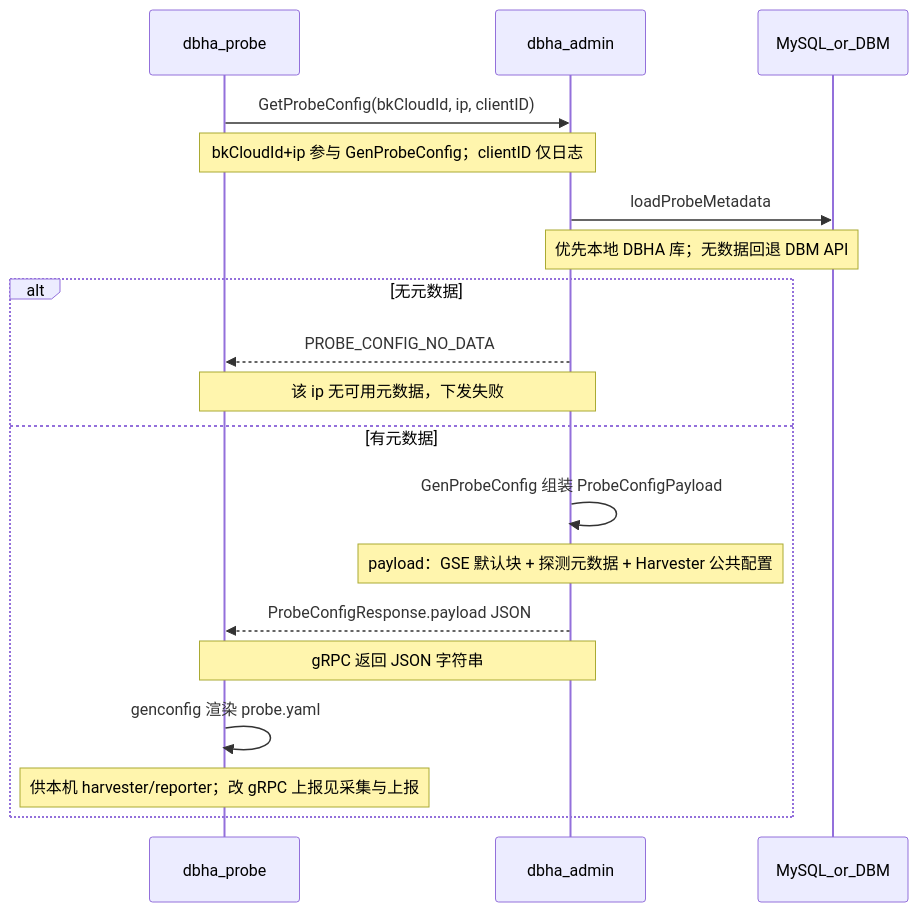
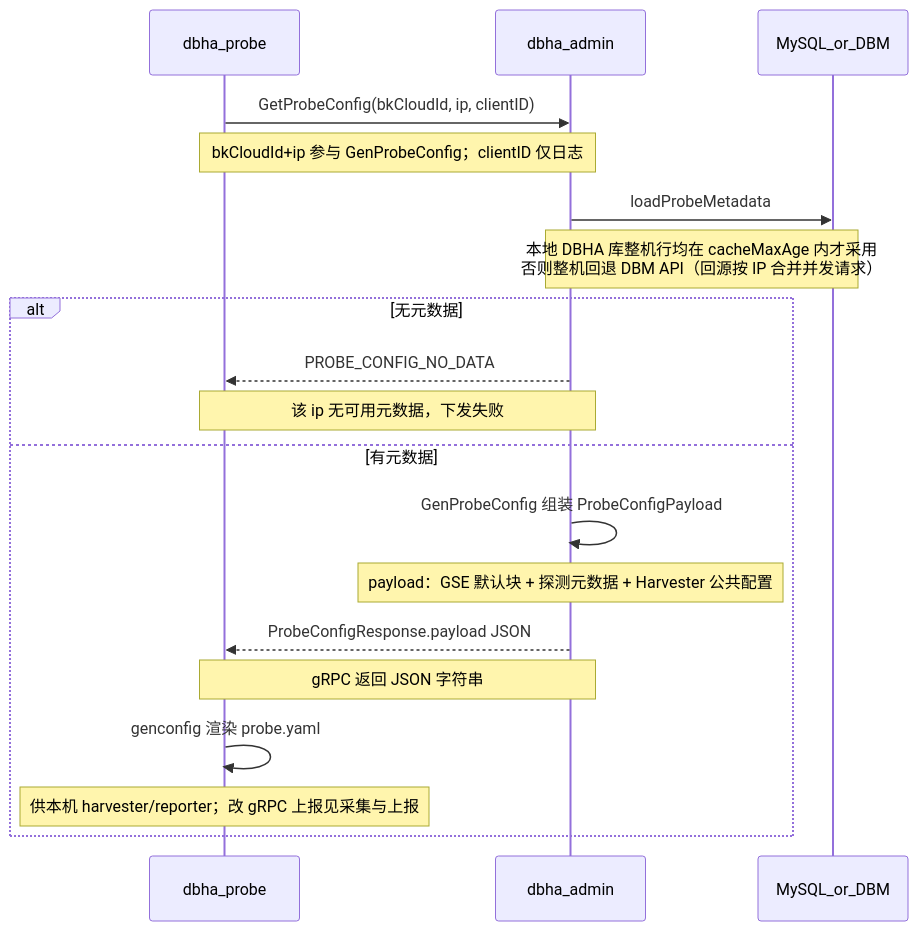
One commit to TencentBlueKing/blueking-dbm changed the diagram in dbm-services/common/dbha-v2/docs/flows/config-sync.md. Above: the diagram before and after it, drawn with Mermaid. The commit also changed other lines of this file and 40 other files, not shown here.

Commit message:
feat(dbha-v2): add periodic probe admin config sync with cache freshness. issue: #19841

````diff
--- a/dbm-services/common/dbha-v2/docs/flows/config-sync.md
+++ b/dbm-services/common/dbha-v2/docs/flows/config-sync.md
@@ -21,25 +26,25 @@
 ```mermaid
 sequenceDiagram
   participant Probe as dbha_probe
   participant Admin as dbha_admin
   participant Meta as MySQL_or_DBM
 
   Probe->>Admin: GetProbeConfig(bkCloudId, ip, clientID)
   Note over Probe,Admin: bkCloudId+ip 参与 GenProbeConfig；clientID 仅日志
 
   Admin->>Meta: loadProbeMetadata
-  Note over Admin,Meta: 优先本地 DBHA 库；无数据回退 DBM API
+  Note over Admin,Meta: 本地 DBHA 库整机行均在 cacheMaxAge 内才采用<br/>否则整机回退 DBM API（回源按 IP 合并并发请求）
 
   alt 无元数据
     Admin-->>Probe: PROBE_CONFIG_NO_DATA
     Note over Probe,Admin: 该 ip 无可用元数据，下发失败
   else 有元数据
     Admin->>Admin: GenProbeConfig 组装 ProbeConfigPayload
     Note over Admin: payload：GSE 默认块 + 探测元数据 + Harvester 公共配置
     Admin-->>Probe: ProbeConfigResponse.payload JSON
     Note over Admin,Probe: gRPC 返回 JSON 字符串
 
     Probe->>Probe: genconfig 渲染 probe.yaml
     Note over Probe: 供本机 harvester/reporter；改 gRPC 上报见采集与上报
   end
 ```
````
